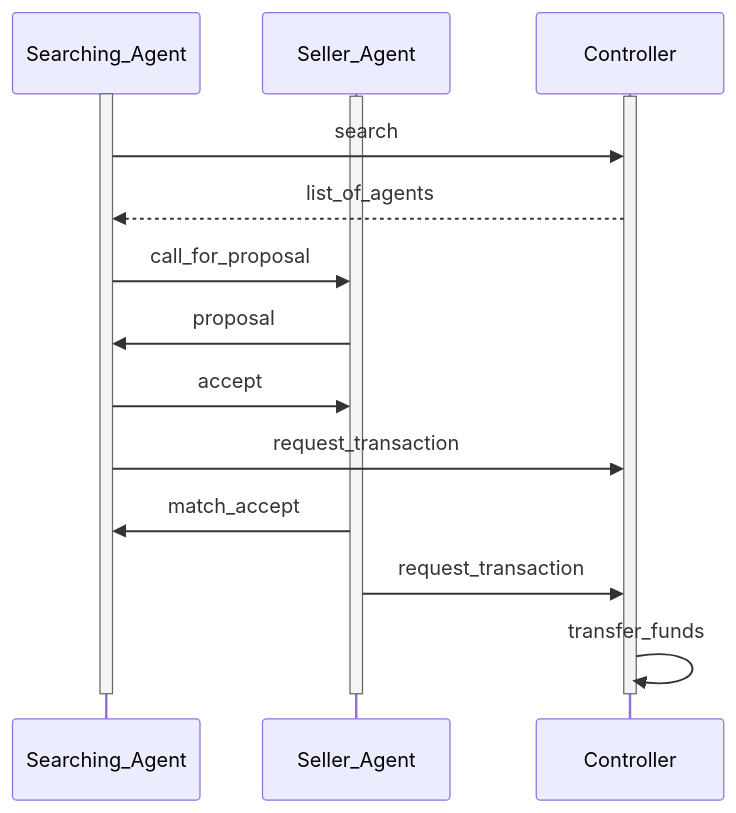
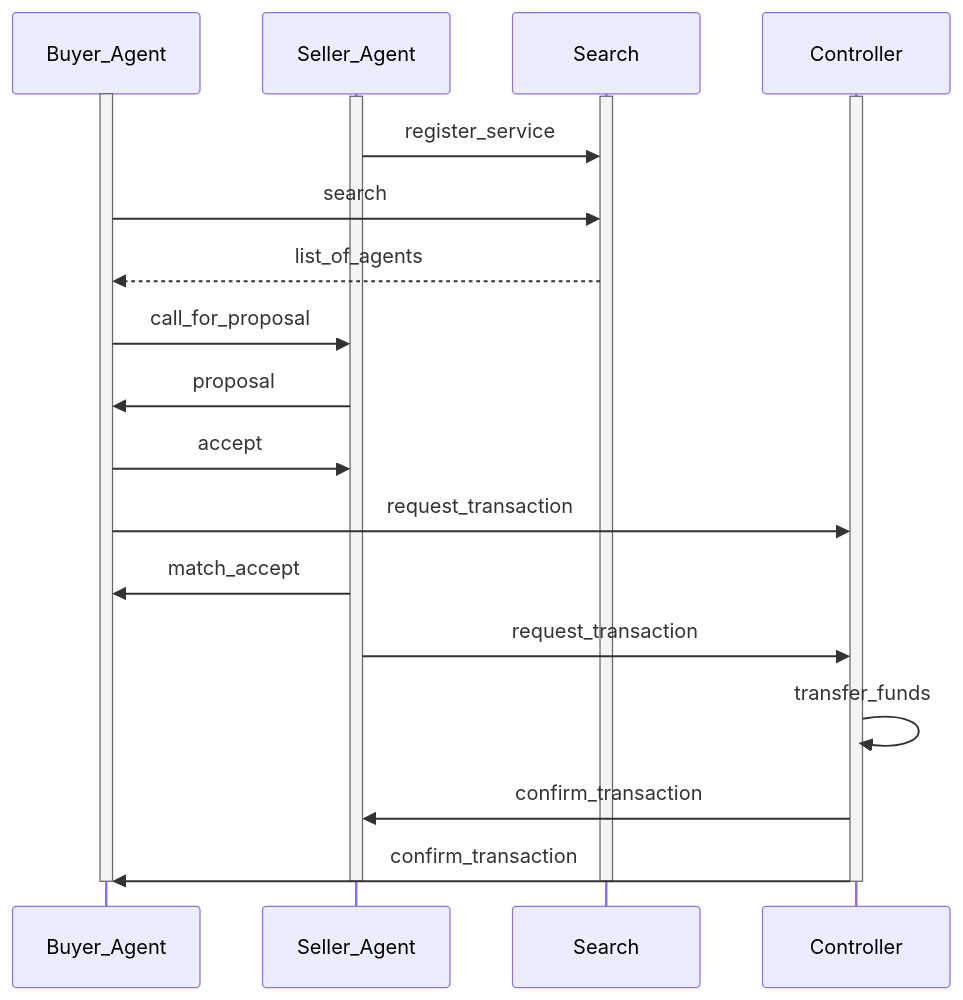
Before and after one commit to legendarydeveloper919/agents-aea: the second of 2 diagrams in docs/tac-skills.md, drawn with Mermaid. The commit also changed other lines of this file and 3 other files, not shown here.

```diff
--- a/docs/tac-skills.md
+++ b/docs/tac-skills.md
@@ -109,25 +109,31 @@
 <div class="mermaid">
     sequenceDiagram
-        participant Searching_Agent
+        participant Buyer_Agent
         participant Seller_Agent
+        participant Search
         participant Controller
     
-        activate Searching_Agent
+        activate Buyer_Agent
         activate Seller_Agent
+        activate Search
         activate Controller
         
-        Searching_Agent->>Controller: search
-        Controller-->>Searching_Agent: list_of_agents
-        Searching_Agent->>Seller_Agent: call_for_proposal
-        Seller_Agent->>Searching_Agent: proposal
-        Searching_Agent->>Seller_Agent: accept
-        Searching_Agent->>Controller: request_transaction
-        Seller_Agent->>Searching_Agent: match_accept
+        Seller_Agent->>Search: register_service
+        Buyer_Agent->>Search: search
+        Search-->>Buyer_Agent: list_of_agents
+        Buyer_Agent->>Seller_Agent: call_for_proposal
+        Seller_Agent->>Buyer_Agent: proposal
+        Buyer_Agent->>Seller_Agent: accept
+        Buyer_Agent->>Controller: request_transaction
+        Seller_Agent->>Buyer_Agent: match_accept
         Seller_Agent->>Controller: request_transaction
         Controller->>Controller: transfer_funds
+        Controller->>Seller_Agent: confirm_transaction
+        Controller->>Buyer_Agent: confirm_transaction
         
-        deactivate Searching_Agent
+        deactivate Buyer_Agent
         deactivate Seller_Agent
+        deactivate Search
         deactivate Controller
 
 </div>
```
